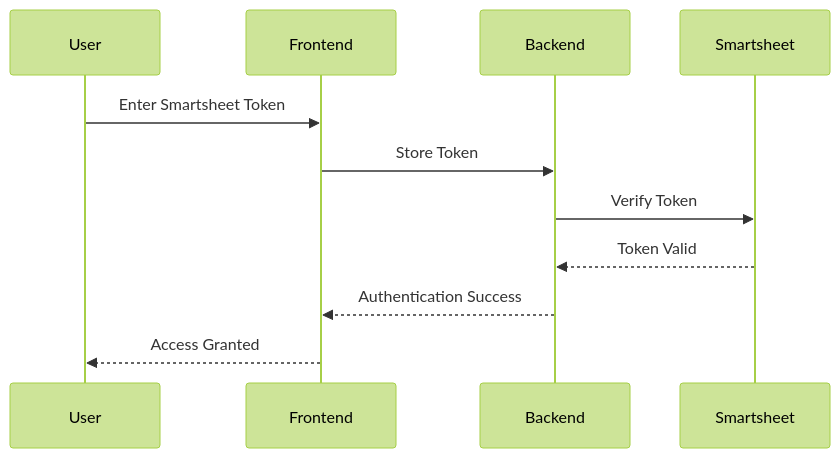
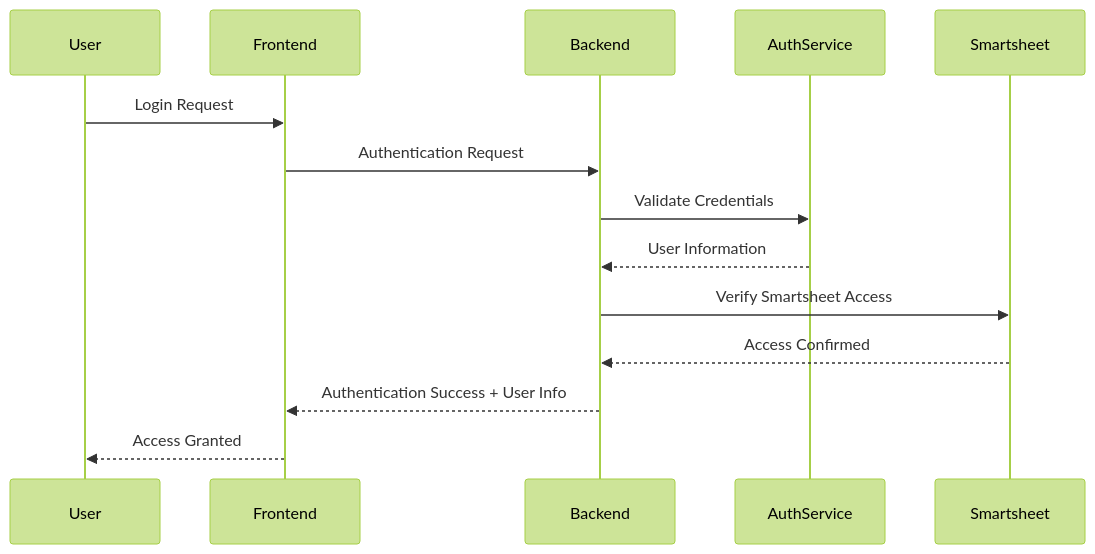
Before and after one commit to terilios/smartsheet-azure-ai: diagram 12 of 24 in systems-architecture-design.md, drawn with Mermaid (forest theme). The commit also changed other lines of this file and 96 other files, not shown here.

````diff
--- a/systems-architecture-design.md
+++ b/systems-architecture-design.md
@@ -430,14 +512,17 @@
 ```mermaid
 sequenceDiagram
     participant User
     participant Frontend
     participant Backend
+    participant AuthService
     participant Smartsheet
 
-    User->>Frontend: Enter Smartsheet Token
-    Frontend->>Backend: Store Token
-    Backend->>Smartsheet: Verify Token
-    Smartsheet-->>Backend: Token Valid
-    Backend-->>Frontend: Authentication Success
+    User->>Frontend: Login Request
+    Frontend->>Backend: Authentication Request
+    Backend->>AuthService: Validate Credentials
+    AuthService-->>Backend: User Information
+    Backend->>Smartsheet: Verify Smartsheet Access
+    Smartsheet-->>Backend: Access Confirmed
+    Backend-->>Frontend: Authentication Success + User Info
     Frontend-->>User: Access Granted
 ```
````
